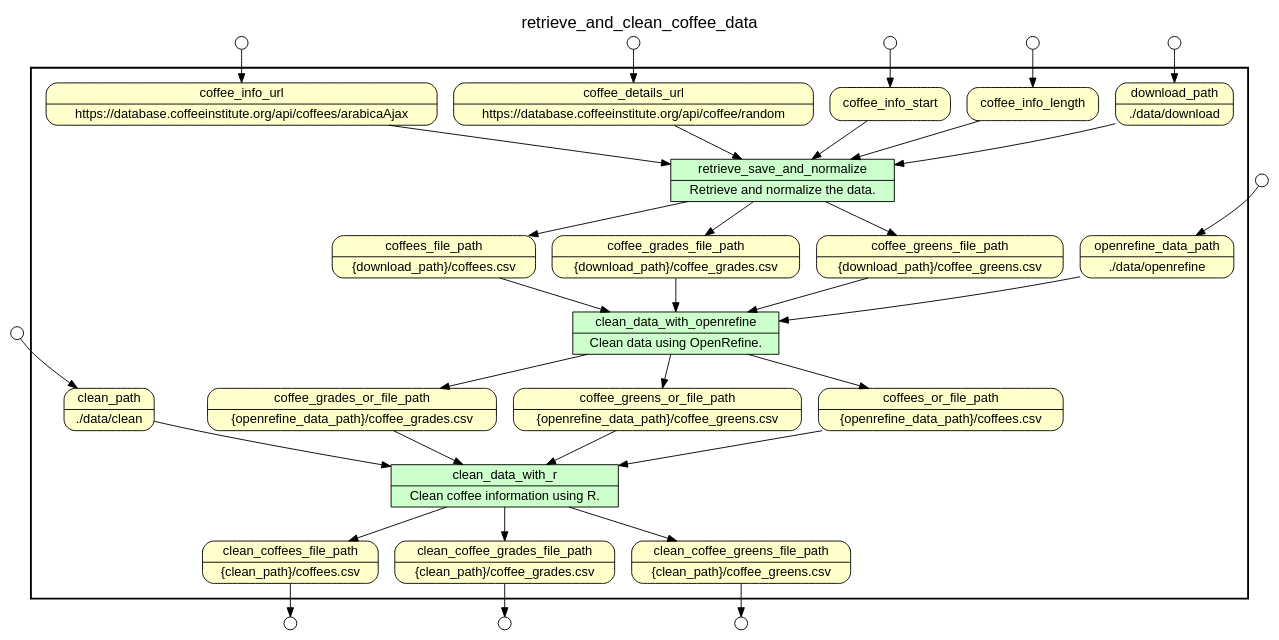
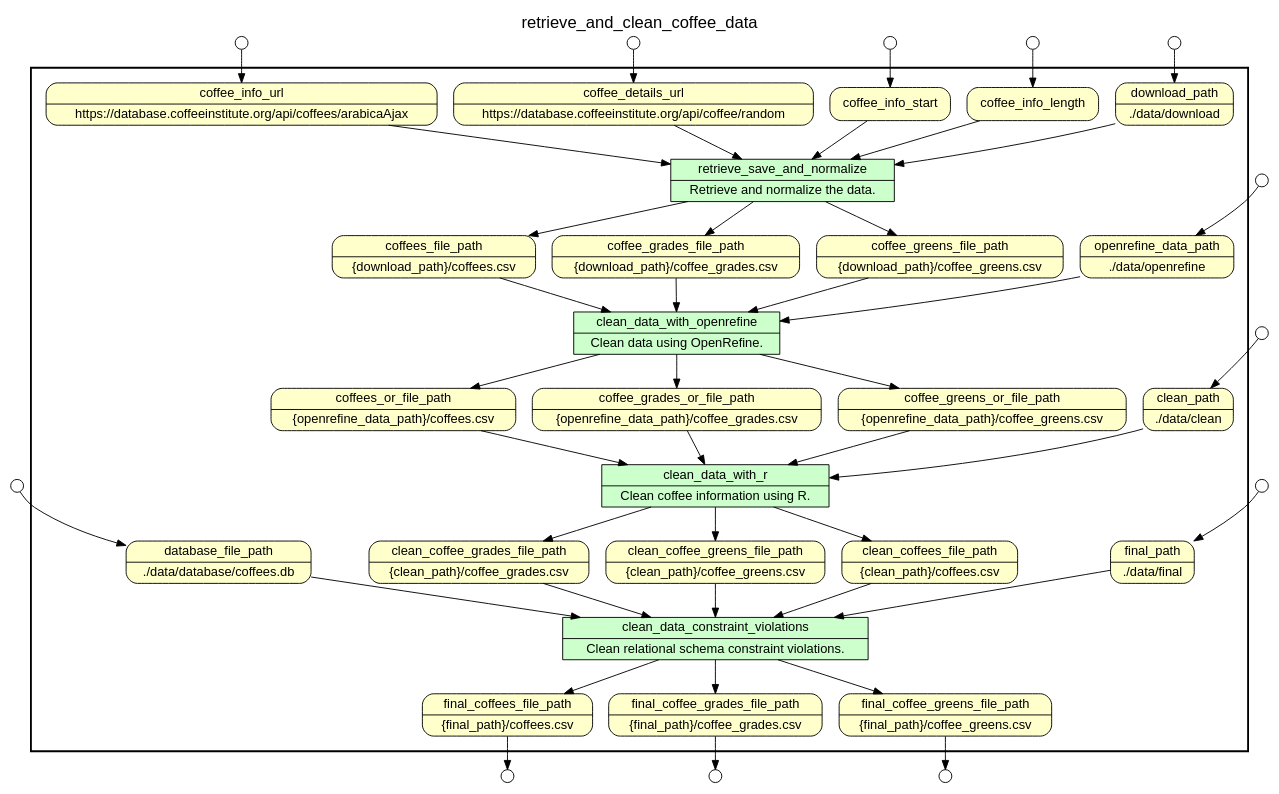
The diagram in workflow/gv/00.gv (langholz/coffee), drawn with Graphviz before and after one commit. The commit also changed 24 other files, not shown here.

```diff
--- a/workflow/gv/00.gv
+++ b/workflow/gv/00.gv
@@ -1,115 +1,133 @@
 
 /* Start of top-level graph */
 digraph Workflow {
 rankdir=TB
 
 /* Title for graph */
 fontname=Helvetica; fontsize=18; labelloc=t
 label=retrieve_and_clean_coffee_data
 
 /* Start of double cluster for drawing box around nodes in workflow */
 subgraph cluster_workflow_box_outer { label=""; color=black; penwidth=2
 subgraph cluster_workflow_box_inner { label=""; penwidth=0
 
 /* Style for nodes representing atomic programs in workflow */
 node[shape=box style=filled fillcolor="#CCFFCC" peripheries=1 fontname=Helvetica]
 
 /* Nodes representing atomic programs in workflow */
 
 /* Style for nodes representing composite programs (sub-workflows) in workflow */
 node[shape=box style=filled fillcolor="#CCFFCC" peripheries=2 fontname=Helvetica]
 
 /* Nodes representing composite programs (sub-workflows) in workflow */
 retrieve_save_and_normalize [shape=record rankdir=LR label="{<f0> retrieve_save_and_normalize |<f1> Retrieve and normalize the data.}"];
 clean_data_with_openrefine [shape=record rankdir=LR label="{<f0> clean_data_with_openrefine |<f1> Clean data using OpenRefine.}"];
 clean_data_with_r [shape=record rankdir=LR label="{<f0> clean_data_with_r |<f1> Clean coffee information using R.}"];
+clean_data_constraint_violations [shape=record rankdir=LR label="{<f0> clean_data_constraint_violations |<f1> Clean relational schema constraint violations.}"];
 
 /* Style for nodes representing non-parameter data channels in workflow */
 node[shape=box style="rounded,filled" fillcolor="#FFFFCC" peripheries=1 fontname=Helvetica]
 
 /* Nodes for non-parameter data channels in workflow */
 coffee_info_url [shape=record rankdir=LR label="{<f0> coffee_info_url |<f1> https\://database.coffeeinstitute.org/api/coffees/arabicaAjax}"];
 coffee_details_url [shape=record rankdir=LR label="{<f0> coffee_details_url |<f1> https\://database.coffeeinstitute.org/api/coffee/random}"];
 coffee_info_start
 coffee_info_length
 download_path [shape=record rankdir=LR label="{<f0> download_path |<f1> ./data/download}"];
 openrefine_data_path [shape=record rankdir=LR label="{<f0> openrefine_data_path |<f1> ./data/openrefine}"];
 coffees_file_path [shape=record rankdir=LR label="{<f0> coffees_file_path |<f1> \{download_path\}/coffees.csv}"];
 coffee_grades_file_path [shape=record rankdir=LR label="{<f0> coffee_grades_file_path |<f1> \{download_path\}/coffee_grades.csv}"];
 coffee_greens_file_path [shape=record rankdir=LR label="{<f0> coffee_greens_file_path |<f1> \{download_path\}/coffee_greens.csv}"];
 clean_path [shape=record rankdir=LR label="{<f0> clean_path |<f1> ./data/clean}"];
 coffees_or_file_path [shape=record rankdir=LR label="{<f0> coffees_or_file_path |<f1> \{openrefine_data_path\}/coffees.csv}"];
 coffee_grades_or_file_path [shape=record rankdir=LR label="{<f0> coffee_grades_or_file_path |<f1> \{openrefine_data_path\}/coffee_grades.csv}"];
 coffee_greens_or_file_path [shape=record rankdir=LR label="{<f0> coffee_greens_or_file_path |<f1> \{openrefine_data_path\}/coffee_greens.csv}"];
+database_file_path [shape=record rankdir=LR label="{<f0> database_file_path |<f1> ./data/database/coffees.db}"];
+final_path [shape=record rankdir=LR label="{<f0> final_path |<f1> ./data/final}"];
 clean_coffees_file_path [shape=record rankdir=LR label="{<f0> clean_coffees_file_path |<f1> \{clean_path\}/coffees.csv}"];
 clean_coffee_grades_file_path [shape=record rankdir=LR label="{<f0> clean_coffee_grades_file_path |<f1> \{clean_path\}/coffee_grades.csv}"];
 clean_coffee_greens_file_path [shape=record rankdir=LR label="{<f0> clean_coffee_greens_file_path |<f1> \{clean_path\}/coffee_greens.csv}"];
+final_coffees_file_path [shape=record rankdir=LR label="{<f0> final_coffees_file_path |<f1> \{final_path\}/coffees.csv}"];
+final_coffee_grades_file_path [shape=record rankdir=LR label="{<f0> final_coffee_grades_file_path |<f1> \{final_path\}/coffee_grades.csv}"];
+final_coffee_greens_file_path [shape=record rankdir=LR label="{<f0> final_coffee_greens_file_path |<f1> \{final_path\}/coffee_greens.csv}"];
 
 /* Style for nodes representing parameter channels in workflow */
 node[shape=box style="rounded,filled" fillcolor="#FCFCFC" peripheries=1 fontname=Helvetica]
 
 /* Nodes representing parameter channels in workflow */
 
 /* Edges representing connections between programs and channels */
 retrieve_save_and_normalize -> coffees_file_path
 retrieve_save_and_normalize -> coffee_grades_file_path
 retrieve_save_and_normalize -> coffee_greens_file_path
 coffee_info_url -> retrieve_save_and_normalize
 coffee_details_url -> retrieve_save_and_normalize
 coffee_info_start -> retrieve_save_and_normalize
 coffee_info_length -> retrieve_save_and_normalize
 download_path -> retrieve_save_and_normalize
 clean_data_with_openrefine -> coffees_or_file_path
 clean_data_with_openrefine -> coffee_grades_or_file_path
 clean_data_with_openrefine -> coffee_greens_or_file_path
 openrefine_data_path -> clean_data_with_openrefine
 coffees_file_path -> clean_data_with_openrefine
 coffee_grades_file_path -> clean_data_with_openrefine
 coffee_greens_file_path -> clean_data_with_openrefine
 clean_data_with_r -> clean_coffees_file_path
 clean_data_with_r -> clean_coffee_grades_file_path
 clean_data_with_r -> clean_coffee_greens_file_path
 clean_path -> clean_data_with_r
 coffees_or_file_path -> clean_data_with_r
 coffee_grades_or_file_path -> clean_data_with_r
 coffee_greens_or_file_path -> clean_data_with_r
+clean_data_constraint_violations -> final_coffees_file_path
+clean_data_constraint_violations -> final_coffee_grades_file_path
+clean_data_constraint_violations -> final_coffee_greens_file_path
+database_file_path -> clean_data_constraint_violations
+final_path -> clean_data_constraint_violations
+clean_coffees_file_path -> clean_data_constraint_violations
+clean_coffee_grades_file_path -> clean_data_constraint_violations
+clean_coffee_greens_file_path -> clean_data_constraint_violations
 
 /* End of double cluster for drawing box around nodes in workflow */
 }}
 
 /* Style for nodes representing workflow input ports */
 node[shape=circle style="rounded,filled" fillcolor="#FFFFFF" peripheries=1 fontname=Helvetica width=0.2]
 
 /* Nodes representing workflow input ports */
 coffee_info_url_input_port [label=""]
 coffee_details_url_input_port [label=""]
 coffee_info_start_input_port [label=""]
 coffee_info_length_input_port [label=""]
 download_path_input_port [label=""]
 openrefine_data_path_input_port [label=""]
 clean_path_input_port [label=""]
+database_file_path_input_port [label=""]
+final_path_input_port [label=""]
 
 /* Style for nodes representing workflow output ports */
 node[shape=circle style="rounded,filled" fillcolor="#FFFFFF" peripheries=1 fontname=Helvetica width=0.2]
 
 /* Nodes representing workflow output ports */
-clean_coffees_file_path_output_port [label=""]
-clean_coffee_grades_file_path_output_port [label=""]
-clean_coffee_greens_file_path_output_port [label=""]
+final_coffees_file_path_output_port [label=""]
+final_coffee_grades_file_path_output_port [label=""]
+final_coffee_greens_file_path_output_port [label=""]
 
 /* Edges from input ports to channels */
 coffee_info_url_input_port -> coffee_info_url
 coffee_details_url_input_port -> coffee_details_url
 coffee_info_start_input_port -> coffee_info_start
 coffee_info_length_input_port -> coffee_info_length
 download_path_input_port -> download_path
 openrefine_data_path_input_port -> openrefine_data_path
 clean_path_input_port -> clean_path
+database_file_path_input_port -> database_file_path
+final_path_input_port -> final_path
 
 /* Edges from channels to output ports */
-clean_coffees_file_path -> clean_coffees_file_path_output_port
-clean_coffee_grades_file_path -> clean_coffee_grades_file_path_output_port
-clean_coffee_greens_file_path -> clean_coffee_greens_file_path_output_port
+final_coffees_file_path -> final_coffees_file_path_output_port
+final_coffee_grades_file_path -> final_coffee_grades_file_path_output_port
+final_coffee_greens_file_path -> final_coffee_greens_file_path_output_port
 
 /* End of top-level graph */
 }
```
